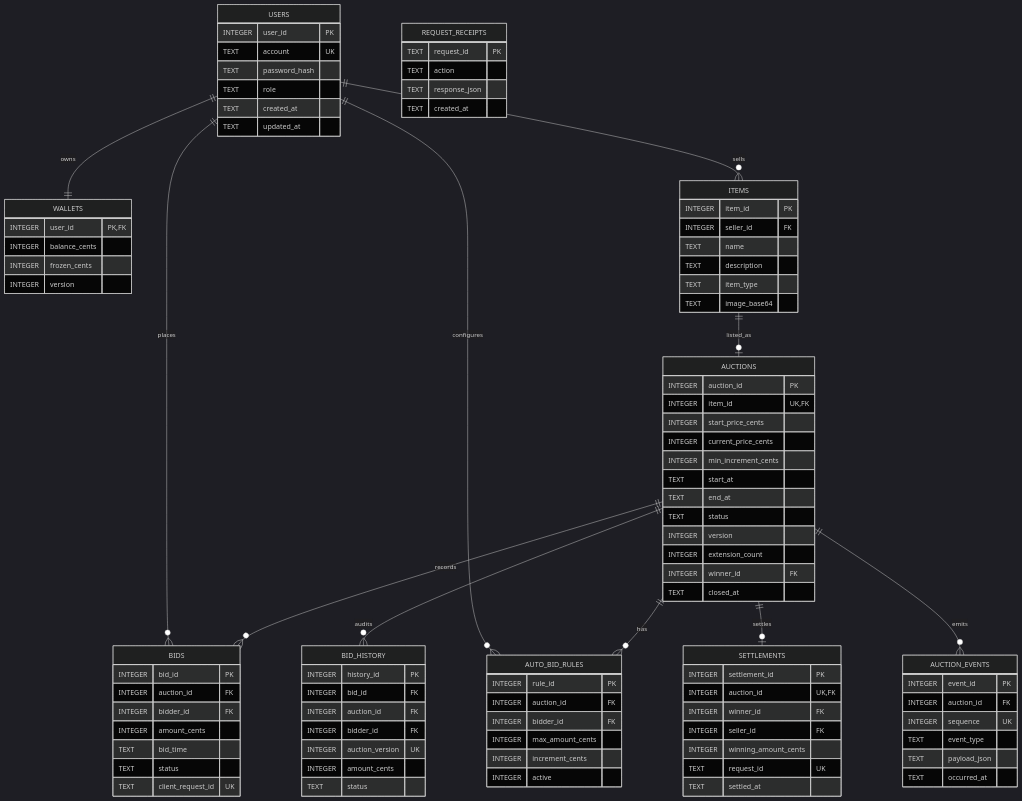
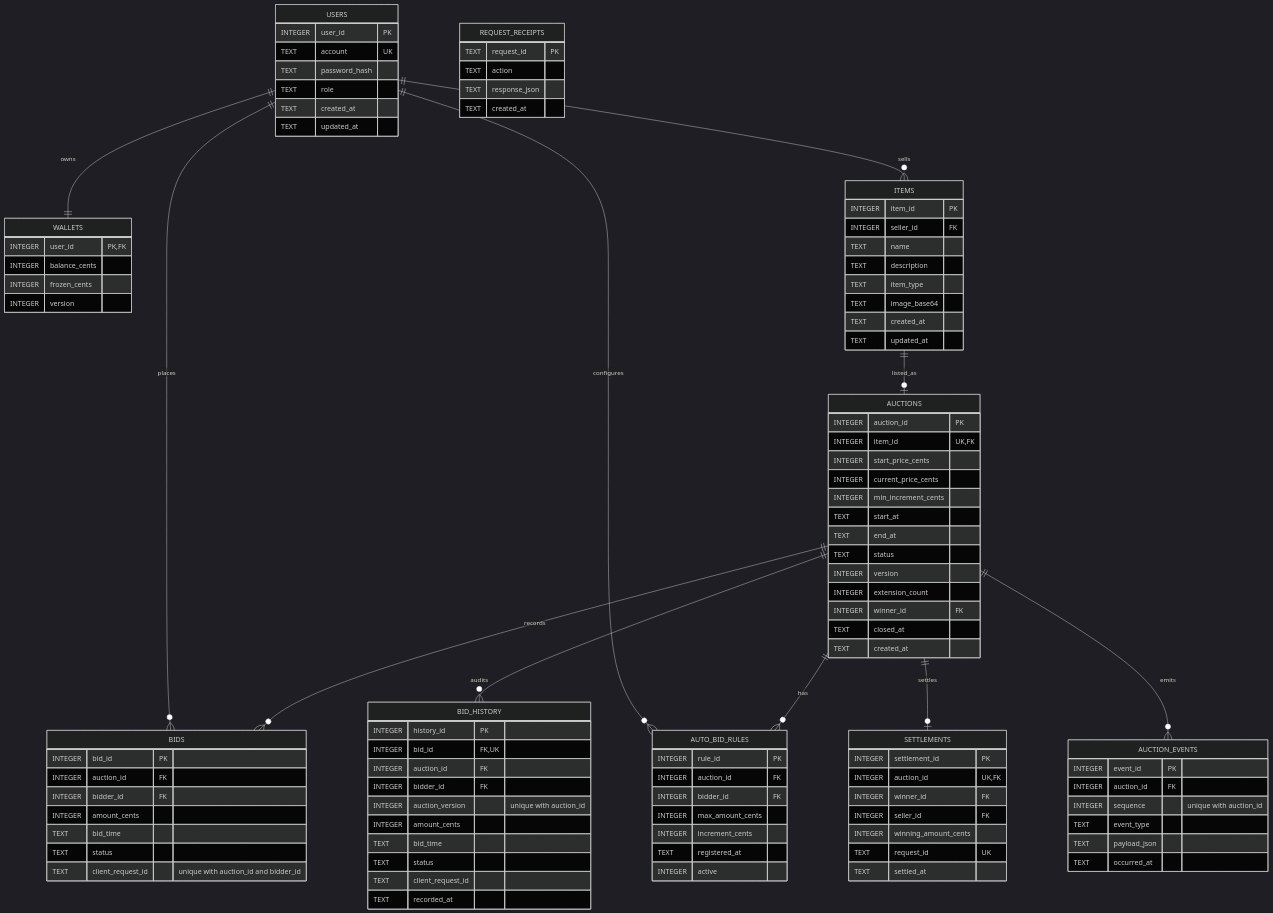
One commit to vietquanntt-collab/BTL-LTNC-Nhom10 changed the diagram in docs/architecture/erd-v1.mmd. Above: the diagram before and after it, drawn with Mermaid (dark theme). The commit also changed other lines of this file and 21 other files, not shown here.

```diff
--- a/docs/architecture/erd-v1.mmd
+++ b/docs/architecture/erd-v1.mmd
@@ -1,97 +1,104 @@
 erDiagram
     USERS ||--|| WALLETS : owns
     USERS ||--o{ ITEMS : sells
     USERS ||--o{ BIDS : places
     USERS ||--o{ AUTO_BID_RULES : configures
     ITEMS ||--o| AUCTIONS : listed_as
     AUCTIONS ||--o{ BIDS : records
     AUCTIONS ||--o{ BID_HISTORY : audits
     AUCTIONS ||--o{ AUTO_BID_RULES : has
     AUCTIONS ||--o| SETTLEMENTS : settles
     AUCTIONS ||--o{ AUCTION_EVENTS : emits
 
     USERS {
         INTEGER user_id PK
         TEXT account UK
         TEXT password_hash
         TEXT role
         TEXT created_at
         TEXT updated_at
     }
     WALLETS {
         INTEGER user_id PK,FK
         INTEGER balance_cents
         INTEGER frozen_cents
         INTEGER version
     }
     ITEMS {
         INTEGER item_id PK
         INTEGER seller_id FK
         TEXT name
         TEXT description
         TEXT item_type
         TEXT image_base64
+        TEXT created_at
+        TEXT updated_at
     }
     AUCTIONS {
         INTEGER auction_id PK
         INTEGER item_id UK,FK
         INTEGER start_price_cents
         INTEGER current_price_cents
         INTEGER min_increment_cents
         TEXT start_at
         TEXT end_at
         TEXT status
         INTEGER version
         INTEGER extension_count
         INTEGER winner_id FK
         TEXT closed_at
+        TEXT created_at
     }
     BIDS {
         INTEGER bid_id PK
         INTEGER auction_id FK
         INTEGER bidder_id FK
         INTEGER amount_cents
         TEXT bid_time
         TEXT status
-        TEXT client_request_id UK
+        TEXT client_request_id "unique with auction_id and bidder_id"
     }
     BID_HISTORY {
         INTEGER history_id PK
-        INTEGER bid_id FK
+        INTEGER bid_id FK,UK
         INTEGER auction_id FK
         INTEGER bidder_id FK
-        INTEGER auction_version UK
+        INTEGER auction_version "unique with auction_id"
         INTEGER amount_cents
+        TEXT bid_time
         TEXT status
+        TEXT client_request_id
+        TEXT recorded_at
     }
     AUTO_BID_RULES {
         INTEGER rule_id PK
         INTEGER auction_id FK
         INTEGER bidder_id FK
         INTEGER max_amount_cents
         INTEGER increment_cents
+        TEXT registered_at
         INTEGER active
     }
     SETTLEMENTS {
         INTEGER settlement_id PK
         INTEGER auction_id UK,FK
         INTEGER winner_id FK
         INTEGER seller_id FK
         INTEGER winning_amount_cents
         TEXT request_id UK
         TEXT settled_at
     }
     AUCTION_EVENTS {
         INTEGER event_id PK
         INTEGER auction_id FK
-        INTEGER sequence UK
+        INTEGER sequence "unique with auction_id"
         TEXT event_type
         TEXT payload_json
         TEXT occurred_at
     }
     REQUEST_RECEIPTS {
         TEXT request_id PK
         TEXT action
         TEXT response_json
         TEXT created_at
     }
```
